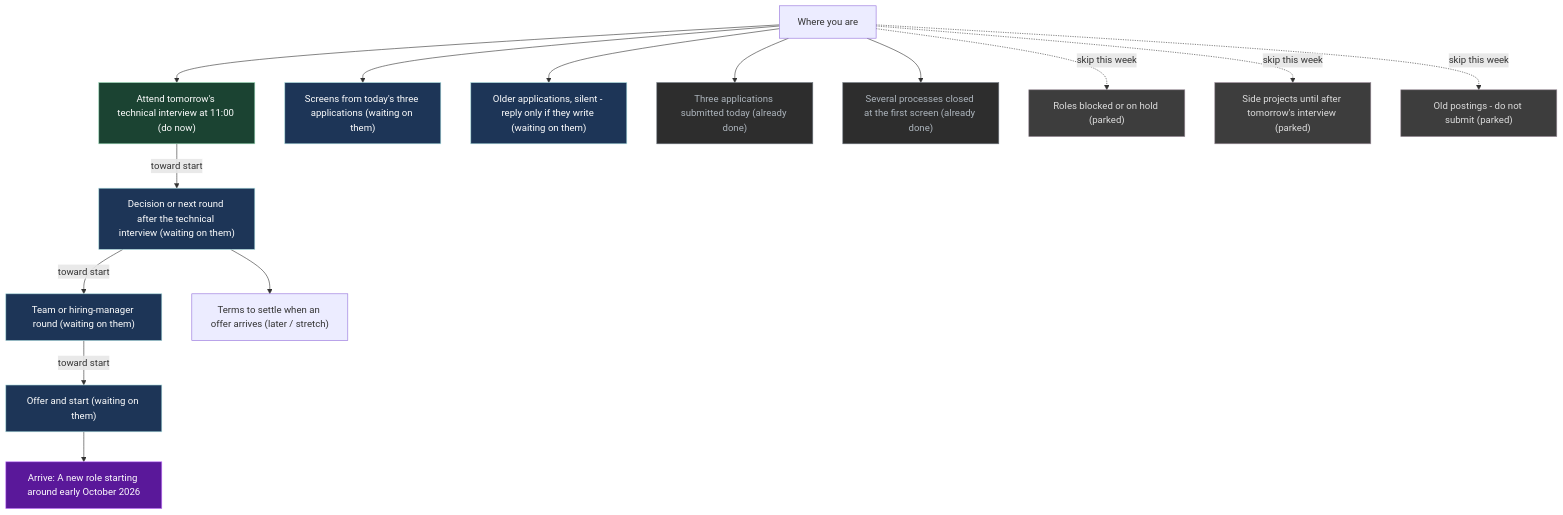
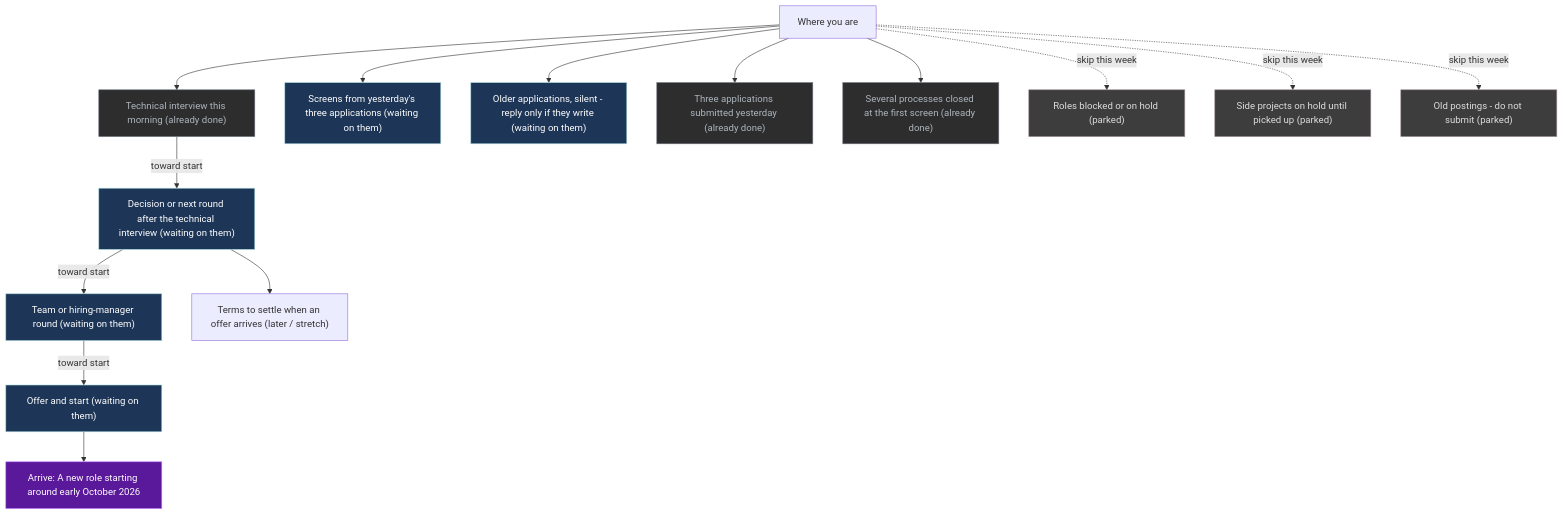
Before and after one commit to p10ns11y/life-os: the diagram in UI/Mission.md, drawn with Mermaid. The commit also changed other lines of this file, not shown here.

````diff
--- a/UI/Mission.md
+++ b/UI/Mission.md
@@ -66,40 +66,39 @@
 ```mermaid
 flowchart TB
   x["Where you are"]
   G["Arrive: A new role starting around early October 2026"]
-  S0["Attend tomorrow's technical interview at 11:00 (do now)"]
+  S0["Technical interview this morning (already done)"]
   S4["Decision or next round after the technical interview (waiting on them)"]
   S4b["Team or hiring-manager round (waiting on them)"]
   S5["Offer and start (waiting on them)"]
-  S6["Screens from today's three applications (waiting on them)"]
+  S6["Screens from yesterday's three applications (waiting on them)"]
   S1["Older applications, silent - reply only if they write (waiting on them)"]
   R1["Terms to settle when an offer arrives (later / stretch)"]
-  S3["Three applications submitted today (already done)"]
+  S3["Three applications submitted yesterday (already done)"]
   D1["Several processes closed at the first screen (already done)"]
   P1["Roles blocked or on hold (parked)"]
-  P2["Side projects until after tomorrow's interview (parked)"]
+  P2["Side projects on hold until picked up (parked)"]
   P3["Old postings - do not submit (parked)"]
   x --> S0
   S0 -->|"toward start"| S4
   S4 -->|"toward start"| S4b
   S4b -->|"toward start"| S5
   x --> S6
   x --> S1
   S4 --> R1
   x --> S3
   x --> D1
   x -.->|"skip this week"| P1
   x -.->|"skip this week"| P2
   x -.->|"skip this week"| P3
   S5 --> G
   classDef do fill:#1b4332,stroke:#95d5b2,color:#fff
   classDef wait fill:#1d3557,stroke:#a8dadc,color:#fff
   classDef park fill:#3d3d3d,stroke:#9a8c98,color:#ddd
   classDef done fill:#2d2d2d,stroke:#6c757d,color:#adb5bd
   classDef goal fill:#5a189a,stroke:#c77dff,color:#fff
   class G goal
-  class S0 do
   class S4,S4b,S5,S6,S1 wait
   class P1,P2,P3 park
-  class S3,D1 done
+  class S0,S3,D1 done
 ```
````
